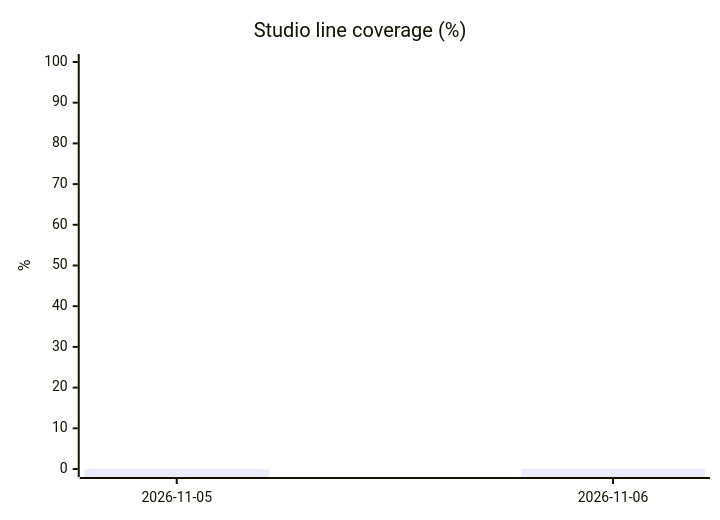
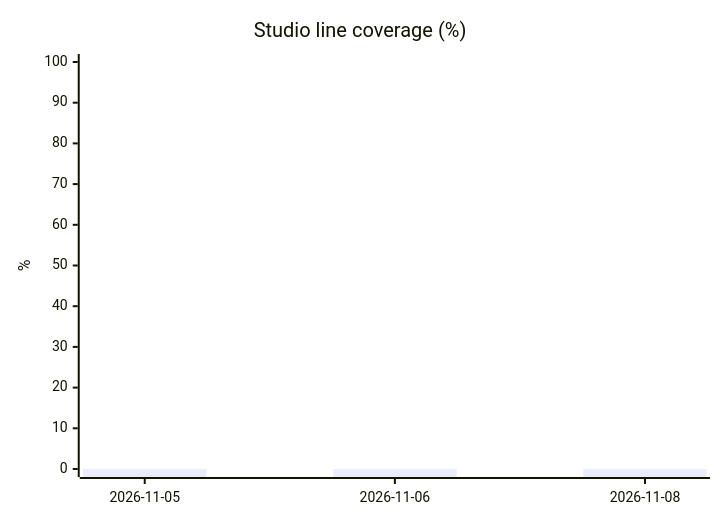
One commit to SCIInstitute/ShapeWorks changed the second of 3 diagrams in README.md. Above: the diagram before and after it, drawn with Mermaid. The commit also changed other lines of this file and 1 other file, not shown here.

````diff
--- a/README.md
+++ b/README.md
@@ -23,7 +23,7 @@
 ```mermaid
 xychart-beta
     title "Studio line coverage (%)"
-    x-axis ["2026-11-05", "2026-11-06"]
+    x-axis ["2026-11-05", "2026-11-06", "2026-11-08"]
     y-axis "%" 0 --> 100
-    bar [0.0, 0.0]
+    bar [0.0, 0.0, 0.0]
 ```
````
